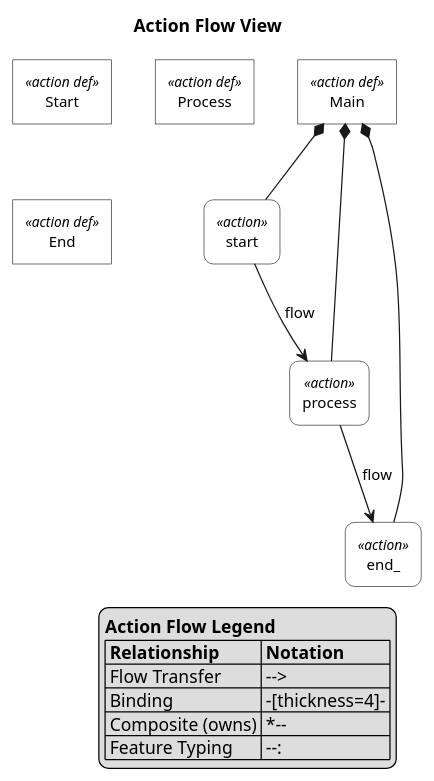
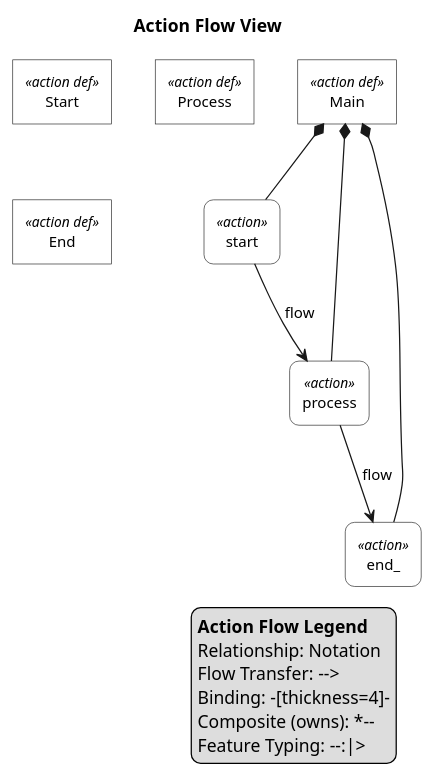
Before and after one commit to mycr0ft/sysmlpy: the diagram in plantuml-examples/13-action-flow-view.puml, drawn with PlantUML. The commit also changed 29 other files, not shown here.

```diff
--- a/plantuml-examples/13-action-flow-view.puml
+++ b/plantuml-examples/13-action-flow-view.puml
@@ -1,87 +1,87 @@
 @startuml
 
 skinparam monochrome true
 skinparam wrapWidth 300
 skinparam defaultFontSize 12
 skinparam defaultFontName Helvetica
 
 skinparam rectangle<<action def>> {
     RoundCorner 0
     BackgroundColor white
 }
 skinparam rectangle<<action>> {
     RoundCorner 15
     BackgroundColor white
 }
 skinparam rectangle<<flow def>> {
     RoundCorner 0
     BackgroundColor white
 }
 skinparam rectangle<<flow>> {
     RoundCorner 15
     BackgroundColor white
 }
 skinparam rectangle<<attribute def>> {
     RoundCorner 0
     BackgroundColor white
 }
 skinparam rectangle<<attribute>> {
     RoundCorner 15
     BackgroundColor white
 }
 skinparam rectangle<<port def>> {
     RoundCorner 0
     BackgroundColor white
 }
 skinparam rectangle<<port>> {
     RoundCorner 15
     BackgroundColor white
 }
 skinparam rectangle<<part def>> {
     RoundCorner 0
     BackgroundColor white
 }
 skinparam rectangle<<part>> {
     RoundCorner 15
     BackgroundColor white
 }
 
 ' Swim lane styling for actions
 skinparam rectangle<<action def>> {
     StereotypeFontSize 11
 }
 skinparam rectangle<<action>> {
     StereotypeFontSize 11
 }
 
 top to bottom direction
 
 title Action Flow View
 
 hide circle
 
 rectangle "Start" as E1 <<action def>>
 rectangle "Process" as E2 <<action def>>
 rectangle "End" as E3 <<action def>>
 rectangle "Main" as E4 <<action def>>
 rectangle "start" as E5 <<action>>
 rectangle "process" as E6 <<action>>
 rectangle "end_" as E7 <<action>>
 
 E4 *-- E5
 E4 *-- E6
 E4 *-- E7
 
 E5 --> E6 : flow
 E6 --> E7 : flow
 
 legend right
   <b>Action Flow Legend</b>
-  |= Relationship |= Notation |
-  | Flow Transfer | --> |
-  | Binding | -[thickness=4]- |
-  | Composite (owns) | *-- |
-  | Feature Typing | --:|> |
+  Relationship: Notation
+  Flow Transfer: -->
+  Binding: -[thickness=4]-
+  Composite (owns): *--
+  Feature Typing: --:|> 
 endlegend
 
 @enduml
```
